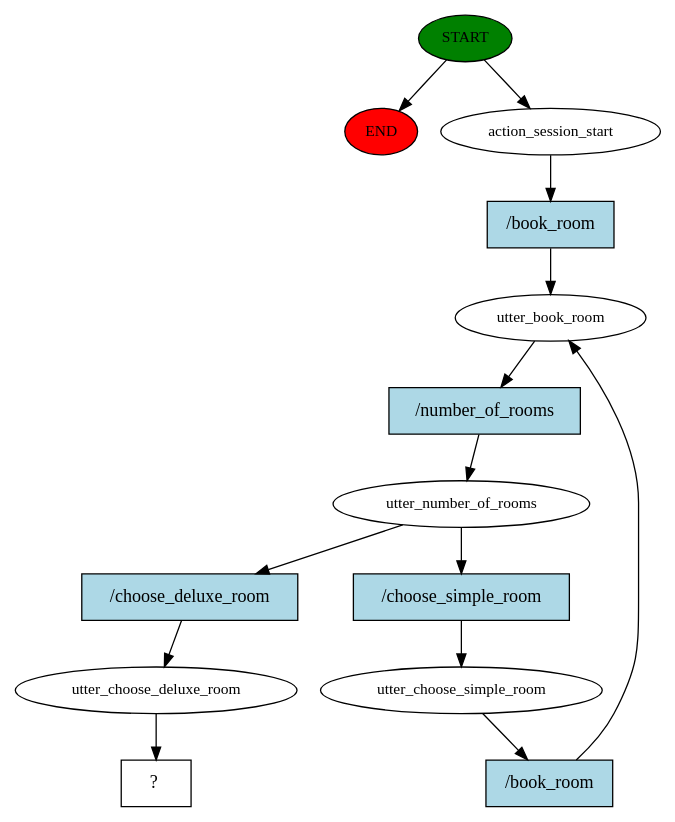
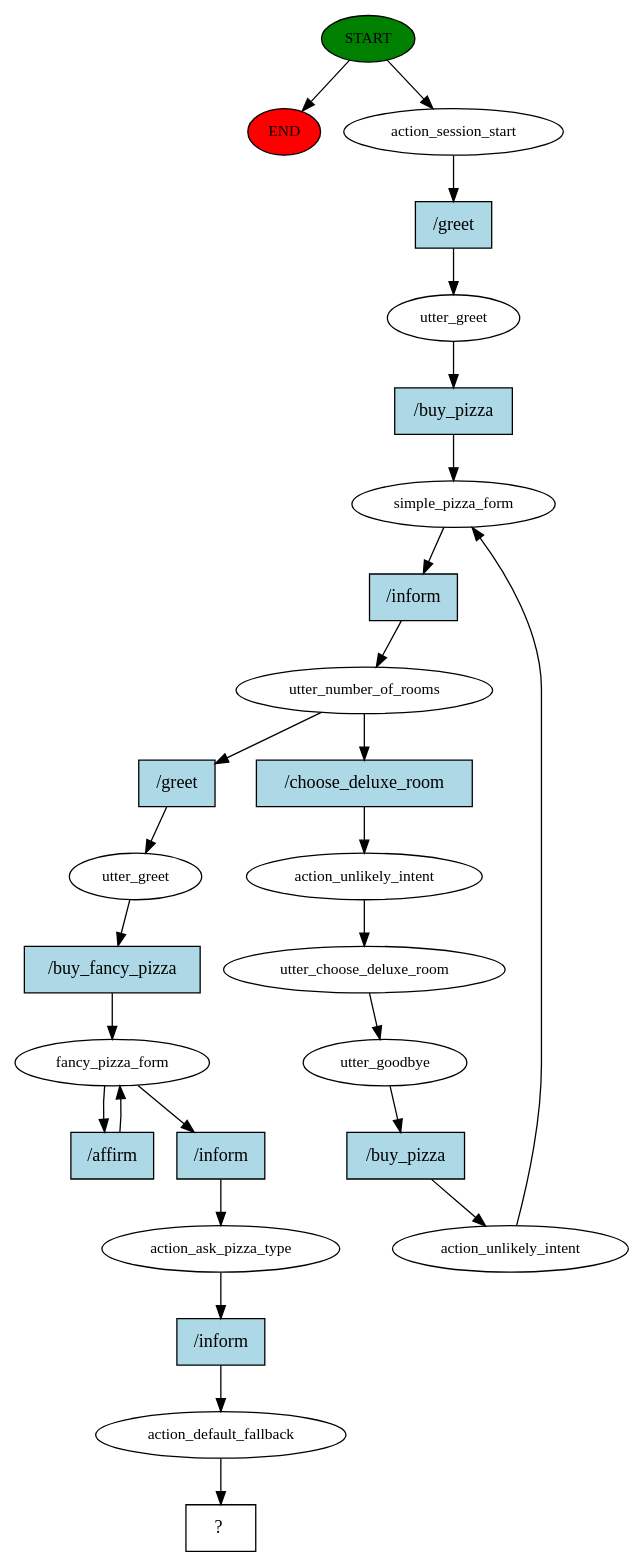
The diagram in story_graph.dot (DevHerles/rasa-hotel), drawn with Graphviz before and after one commit. The commit also changed 11 other files, not shown here.

```diff
--- a/story_graph.dot
+++ b/story_graph.dot
@@ -1,28 +1,53 @@
 digraph  {
 0 [class="start active", fillcolor=green, fontsize=12, label=START, style=filled];
 "-1" [class=end, fillcolor=red, fontsize=12, label=END, style=filled];
 1 [class=active, fontsize=12, label=action_session_start];
-2 [class=active, fontsize=12, label=utter_book_room];
-3 [class=active, fontsize=12, label=utter_number_of_rooms];
-4 [class=active, fontsize=12, label=utter_choose_simple_room];
-7 [class=active, fontsize=12, label=utter_choose_deluxe_room];
-8 [class="intent dashed active", label="  ?  ", shape=rect];
-9 [class="intent active", fillcolor=lightblue, label="/book_room", shape=rect, style=filled];
-10 [class="intent active", fillcolor=lightblue, label="/number_of_rooms", shape=rect, style=filled];
-11 [class="intent active", fillcolor=lightblue, label="/choose_simple_room", shape=rect, style=filled];
-12 [class="intent active", fillcolor=lightblue, label="/choose_deluxe_room", shape=rect, style=filled];
-13 [class="intent active", fillcolor=lightblue, label="/book_room", shape=rect, style=filled];
+2 [class=active, fontsize=12, label=utter_greet];
+3 [class=active, fontsize=12, label=simple_pizza_form];
+4 [class=active, fontsize=12, label=utter_number_of_rooms];
+5 [class=active, fontsize=12, label=action_unlikely_intent];
+6 [class=active, fontsize=12, label=utter_choose_deluxe_room];
+7 [class=active, fontsize=12, label=utter_goodbye];
+8 [class=active, fontsize=12, label=action_unlikely_intent];
+11 [class=active, fontsize=12, label=utter_greet];
+12 [class=active, fontsize=12, label=fancy_pizza_form];
+14 [class=active, fontsize=12, label=action_ask_pizza_type];
+15 [class=active, fontsize=12, label=action_default_fallback];
+16 [class="intent dashed active", label="  ?  ", shape=rect];
+17 [class="intent active", fillcolor=lightblue, label="/greet", shape=rect, style=filled];
+18 [class="intent active", fillcolor=lightblue, label="/buy_pizza", shape=rect, style=filled];
+19 [class="intent active", fillcolor=lightblue, label="/inform", shape=rect, style=filled];
+20 [class="intent active", fillcolor=lightblue, label="/choose_deluxe_room", shape=rect, style=filled];
+21 [class="intent active", fillcolor=lightblue, label="/greet", shape=rect, style=filled];
+22 [class="intent active", fillcolor=lightblue, label="/buy_pizza", shape=rect, style=filled];
+23 [class="intent active", fillcolor=lightblue, label="/buy_fancy_pizza", shape=rect, style=filled];
+24 [class="intent active", fillcolor=lightblue, label="/inform", shape=rect, style=filled];
+25 [class="intent active", fillcolor=lightblue, label="/affirm", shape=rect, style=filled];
+26 [class="intent active", fillcolor=lightblue, label="/inform", shape=rect, style=filled];
 0 -> "-1"  [class="", key=NONE, label=""];
 0 -> 1  [class=active, key=NONE, label=""];
-1 -> 9  [class=active, key=0];
-2 -> 10  [class=active, key=0];
-3 -> 11  [class=active, key=0];
-3 -> 12  [class=active, key=0];
-4 -> 13  [class=active, key=0];
-7 -> 8  [class=active, key=NONE, label=""];
-9 -> 2  [class=active, key=0];
-10 -> 3  [class=active, key=0];
-11 -> 4  [class=active, key=0];
-12 -> 7  [class=active, key=0];
-13 -> 2  [class=active, key=0];
+1 -> 17  [class=active, key=0];
+2 -> 18  [class=active, key=0];
+3 -> 19  [class=active, key=0];
+4 -> 20  [class=active, key=0];
+4 -> 21  [class=active, key=0];
+5 -> 6  [class=active, key=NONE, label=""];
+6 -> 7  [class=active, key=NONE, label=""];
+7 -> 22  [class=active, key=0];
+8 -> 3  [class=active, key=NONE, label=""];
+11 -> 23  [class=active, key=0];
+12 -> 24  [class=active, key=0];
+12 -> 25  [class=active, key=0];
+14 -> 26  [class=active, key=0];
+15 -> 16  [class=active, key=NONE, label=""];
+17 -> 2  [class=active, key=0];
+18 -> 3  [class=active, key=0];
+19 -> 4  [class=active, key=0];
+20 -> 5  [class=active, key=0];
+21 -> 11  [class=active, key=0];
+22 -> 8  [class=active, key=0];
+23 -> 12  [class=active, key=0];
+24 -> 14  [class=active, key=0];
+25 -> 12  [class=active, key=0];
+26 -> 15  [class=active, key=0];
 }
```
